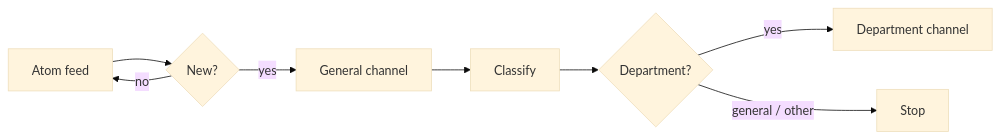
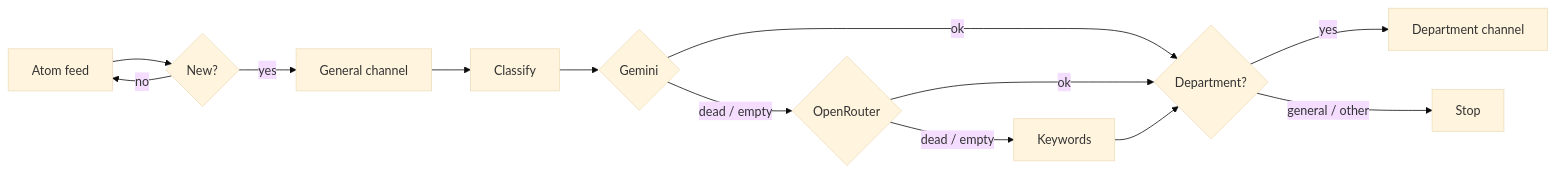
The diagram in README.md (E-Vex/monreqAI-CNAM-Liban), drawn with Mermaid (base theme) before and after one commit. The commit also changed other lines of this file, not shown here.

````diff
--- a/README.md
+++ b/README.md
@@ -28,10 +39,15 @@
 ```mermaid
 flowchart LR
     A[Atom feed] --> B{New?}
     B -- no --> A
     B -- yes --> C[General channel]
     C --> D[Classify]
-    D --> E{Department?}
+    D --> P1{Gemini}
+    P1 -- ok --> E
+    P1 -- dead / empty --> P2{OpenRouter}
+    P2 -- ok --> E
+    P2 -- dead / empty --> K[Keywords]
+    K --> E{Department?}
     E -- yes --> F[Department channel]
     E -- general / other --> G[Stop]
 ```
````
